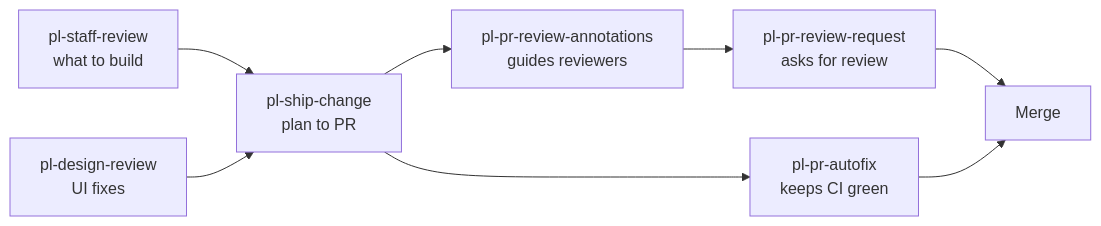
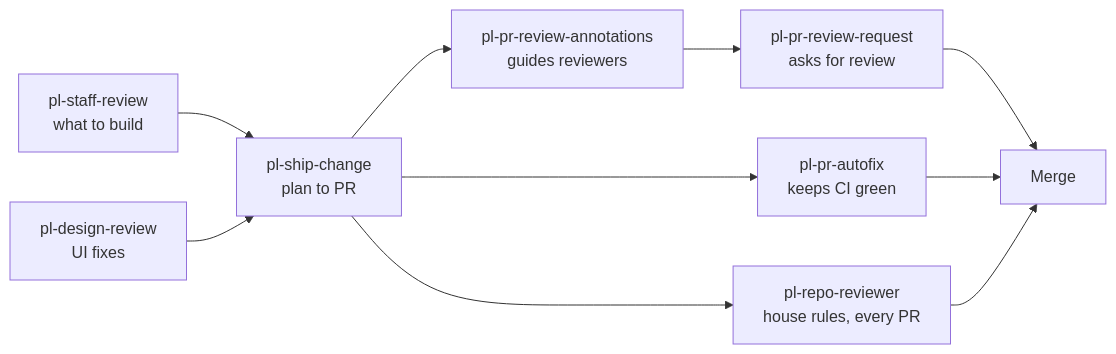
The diagram in README.md (philong-buile/lobi-skills), drawn with Mermaid before and after one commit. The commit also changed other lines of this file and 9 other files, not shown here.

First line of the commit message:
Add pl-repo-reviewer skill to review-helpers

````diff
--- a/README.md
+++ b/README.md
@@ -49,10 +51,12 @@
 ```mermaid
 flowchart LR
   P["pl-staff-review<br/>what to build"] --> S["pl-ship-change<br/>plan to PR"]
   D["pl-design-review<br/>UI fixes"] --> S
+  S --> B["pl-repo-reviewer<br/>house rules, every PR"]
   S --> A["pl-pr-autofix<br/>keeps CI green"]
   S --> F["pl-pr-review-annotations<br/>guides reviewers"]
   F --> R["pl-pr-review-request<br/>asks for review"]
   R --> M["Merge"]
   A --> M
+  B --> M
 ```
````
